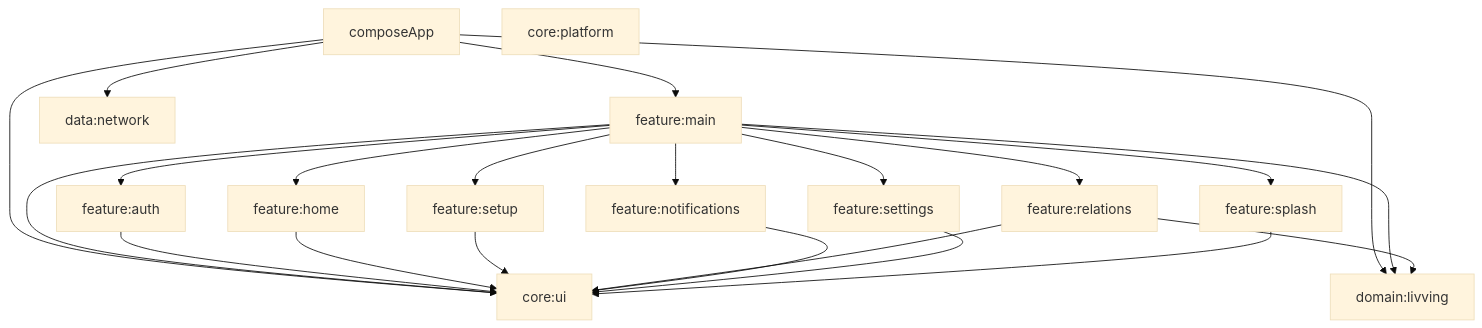
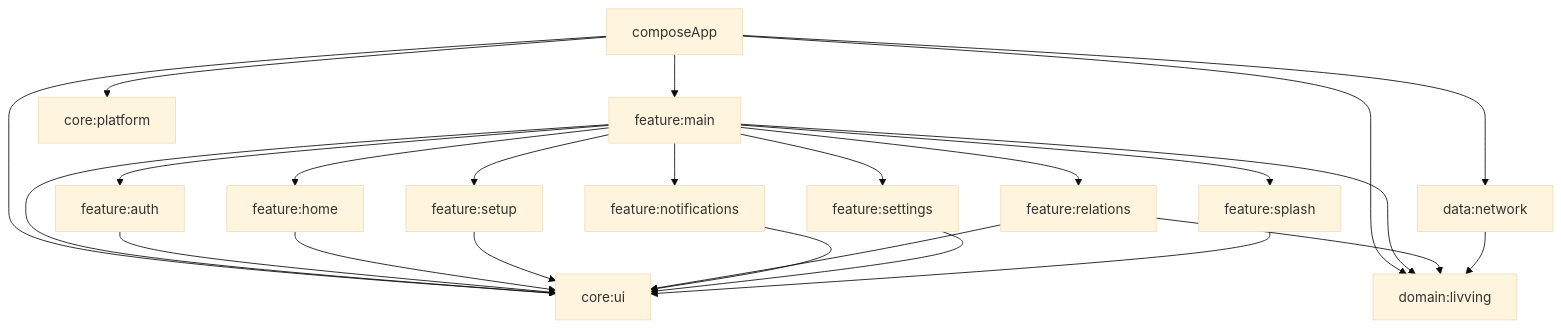
Before and after one commit to mrohseungjun/livving: the diagram in README.md, drawn with Mermaid (base theme). The commit also changed other lines of this file and 24 other files, not shown here.

````diff
--- a/README.md
+++ b/README.md
@@ -33,28 +33,29 @@
 ```mermaid
 graph TD
     composeApp --> feature_main[feature:main]
     composeApp --> core_ui[core:ui]
+    composeApp --> core_platform[core:platform]
     composeApp --> domain_livving[domain:livving]
     composeApp --> data_network[data:network]
 
     feature_main --> feature_auth[feature:auth]
     feature_main --> feature_home[feature:home]
     feature_main --> feature_setup[feature:setup]
     feature_main --> feature_relations[feature:relations]
     feature_main --> feature_notifications[feature:notifications]
     feature_main --> feature_settings[feature:settings]
     feature_main --> feature_splash[feature:splash]
     feature_main --> domain_livving
     feature_main --> core_ui
 
     feature_auth --> core_ui
     feature_home --> core_ui
     feature_setup --> core_ui
     feature_relations --> core_ui
     feature_relations --> domain_livving
     feature_notifications --> core_ui
     feature_settings --> core_ui
     feature_splash --> core_ui
 
-    core_platform[core:platform]
+    data_network --> domain_livving
 ```
````
